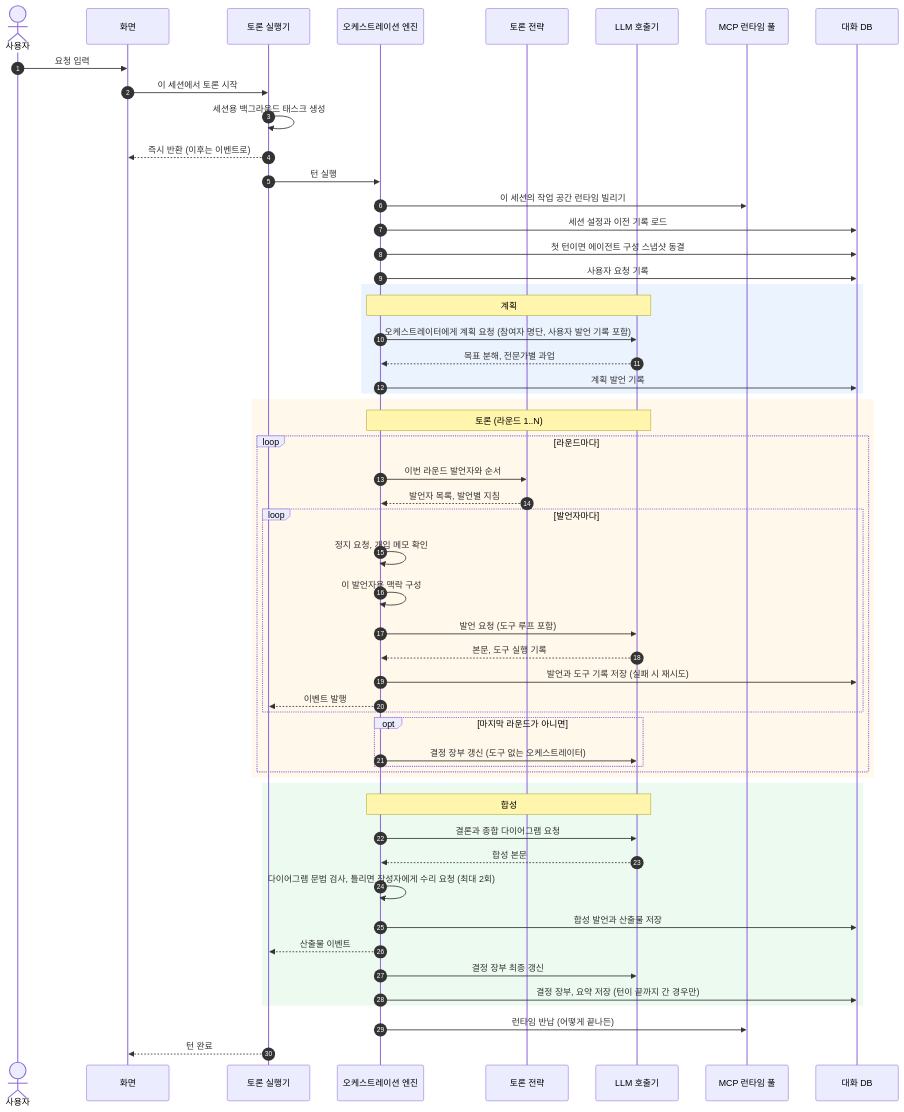
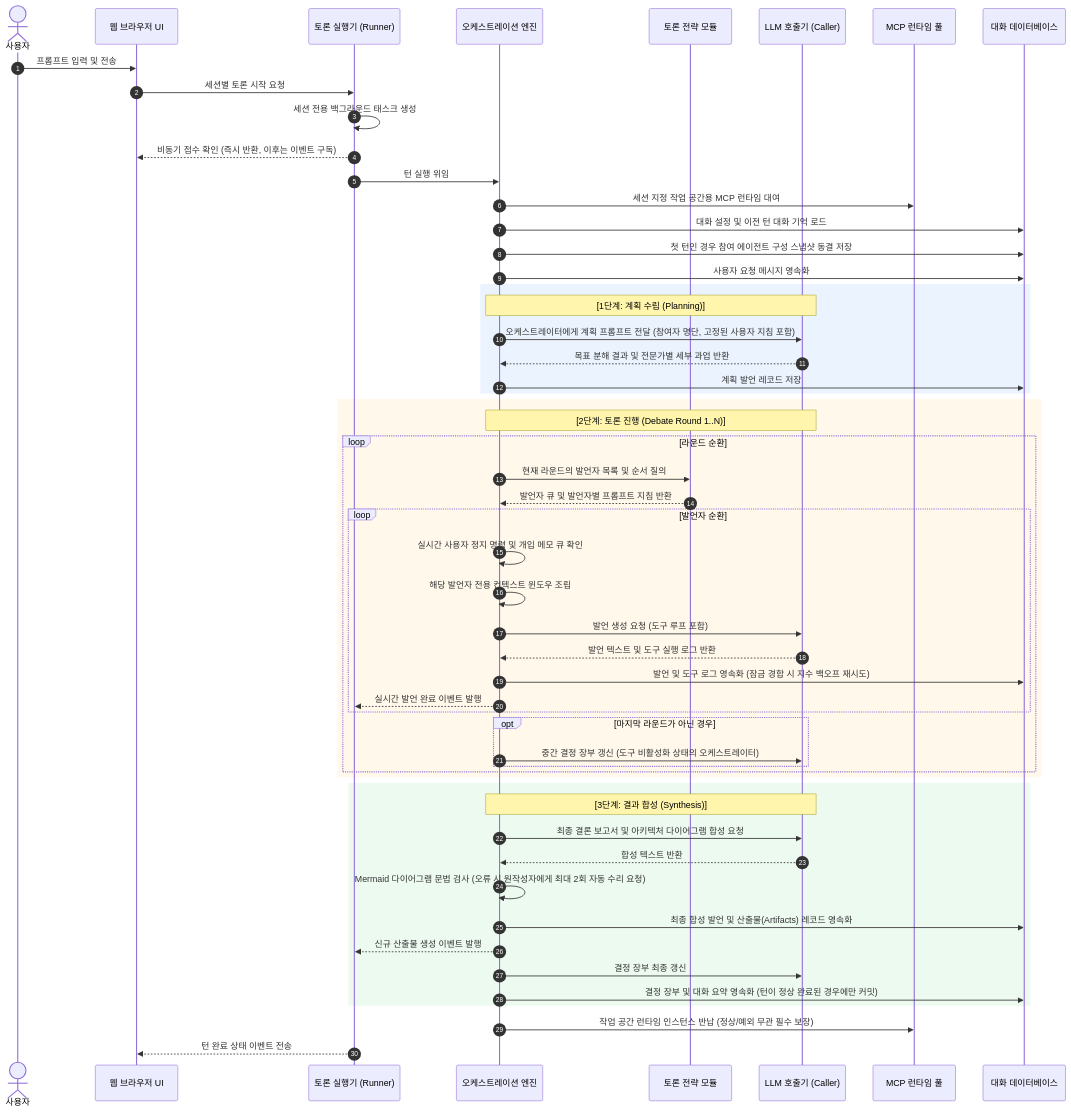
The third of 10 diagrams in lectures/03-architecture/02-dynamic-view.md (HaJaehee/MultiAgentDebateAndOrchestrationPlatform), drawn with Mermaid before and after one commit. The commit also changed other lines of this file and 39 other files, not shown here.

````diff
--- a/lectures/03-architecture/02-dynamic-view.md
+++ b/lectures/03-architecture/02-dynamic-view.md
@@ -100,62 +84,62 @@
 ```mermaid
 sequenceDiagram
     autonumber
     actor U as 사용자
-    participant UI as 화면
-    participant X as 토론 실행기
+    participant UI as 웹 브라우저 UI
+    participant X as 토론 실행기 (Runner)
     participant E as 오케스트레이션 엔진
-    participant S as 토론 전략
-    participant L as LLM 호출기
+    participant S as 토론 전략 모듈
+    participant L as LLM 호출기 (Caller)
     participant T as MCP 런타임 풀
-    participant D as 대화 DB
+    participant D as 대화 데이터베이스
 
-    U->>UI: 요청 입력
-    UI->>X: 이 세션에서 토론 시작
-    X->>X: 세션용 백그라운드 태스크 생성
-    X-->>UI: 즉시 반환 (이후는 이벤트로)
-    X->>E: 턴 실행
-    E->>T: 이 세션의 작업 공간 런타임 빌리기
-    E->>D: 세션 설정과 이전 기록 로드
-    E->>D: 첫 턴이면 에이전트 구성 스냅샷 동결
-    E->>D: 사용자 요청 기록
+    U->>UI: 프롬프트 입력 및 전송
+    UI->>X: 세션별 토론 시작 요청
+    X->>X: 세션 전용 백그라운드 태스크 생성
+    X-->>UI: 비동기 접수 확인 (즉시 반환, 이후는 이벤트 구독)
+    X->>E: 턴 실행 위임
+    E->>T: 세션 지정 작업 공간용 MCP 런타임 대여
+    E->>D: 대화 설정 및 이전 턴 대화 기억 로드
+    E->>D: 첫 턴인 경우 참여 에이전트 구성 스냅샷 동결 저장
+    E->>D: 사용자 요청 메시지 영속화
 
     rect rgb(235, 243, 255)
-        Note over E,L: 계획
-        E->>L: 오케스트레이터에게 계획 요청 (참여자 명단, 사용자 발언 기록 포함)
-        L-->>E: 목표 분해, 전문가별 과업
-        E->>D: 계획 발언 기록
+        Note over E,L: [1단계: 계획 수립 (Planning)]
+        E->>L: 오케스트레이터에게 계획 프롬프트 전달 (참여자 명단, 고정된 사용자 지침 포함)
+        L-->>E: 목표 분해 결과 및 전문가별 세부 과업 반환
+        E->>D: 계획 발언 레코드 저장
     end
 
     rect rgb(255, 248, 235)
-        Note over E,L: 토론 (라운드 1..N)
-        loop 라운드마다
-            E->>S: 이번 라운드 발언자와 순서
-            S-->>E: 발언자 목록, 발언별 지침
-            loop 발언자마다
-                E->>E: 정지 요청, 개입 메모 확인
-                E->>E: 이 발언자용 맥락 구성
-                E->>L: 발언 요청 (도구 루프 포함)
-                L-->>E: 본문, 도구 실행 기록
-                E->>D: 발언과 도구 기록 저장 (실패 시 재시도)
-                E-->>X: 이벤트 발행
+        Note over E,L: [2단계: 토론 진행 (Debate Round 1..N)]
+        loop 라운드 순환
+            E->>S: 현재 라운드의 발언자 목록 및 순서 질의
+            S-->>E: 발언자 큐 및 발언자별 프롬프트 지침 반환
+            loop 발언자 순환
+                E->>E: 실시간 사용자 정지 명령 및 개입 메모 큐 확인
+                E->>E: 해당 발언자 전용 컨텍스트 윈도우 조립
+                E->>L: 발언 생성 요청 (도구 루프 포함)
+                L-->>E: 발언 텍스트 및 도구 실행 로그 반환
+                E->>D: 발언 및 도구 로그 영속화 (잠금 경합 시 지수 백오프 재시도)
+                E-->>X: 실시간 발언 완료 이벤트 발행
             end
-            opt 마지막 라운드가 아니면
-                E->>L: 결정 장부 갱신 (도구 없는 오케스트레이터)
+            opt 마지막 라운드가 아닌 경우
+                E->>L: 중간 결정 장부 갱신 (도구 비활성화 상태의 오케스트레이터)
             end
         end
     end
 
     rect rgb(236, 250, 240)
-        Note over E,L: 합성
-        E->>L: 결론과 종합 다이어그램 요청
-        L-->>E: 합성 본문
-        E->>E: 다이어그램 문법 검사, 틀리면 작성자에게 수리 요청 (최대 2회)
-        E->>D: 합성 발언과 산출물 저장
-        E-->>X: 산출물 이벤트
+        Note over E,L: [3단계: 결과 합성 (Synthesis)]
+        E->>L: 최종 결론 보고서 및 아키텍처 다이어그램 합성 요청
+        L-->>E: 합성 텍스트 반환
+        E->>E: Mermaid 다이어그램 문법 검사 (오류 시 원작성자에게 최대 2회 자동 수리 요청)
+        E->>D: 최종 합성 발언 및 산출물(Artifacts) 레코드 영속화
+        E-->>X: 신규 산출물 생성 이벤트 발행
         E->>L: 결정 장부 최종 갱신
-        E->>D: 결정 장부, 요약 저장 (턴이 끝까지 간 경우만)
+        E->>D: 결정 장부 및 대화 요약 영속화 (턴이 정상 완료된 경우에만 커밋)
     end
 
-    E->>T: 런타임 반납 (어떻게 끝나든)
-    X-->>UI: 턴 완료
+    E->>T: 작업 공간 런타임 인스턴스 반납 (정상/예외 무관 필수 보장)
+    X-->>UI: 턴 완료 상태 이벤트 전송
 ```
````
